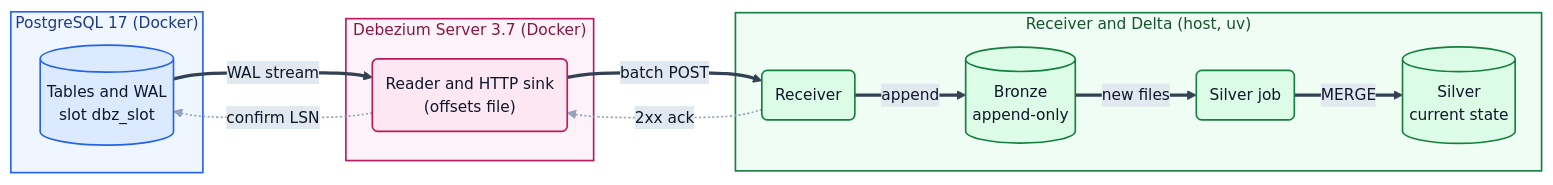
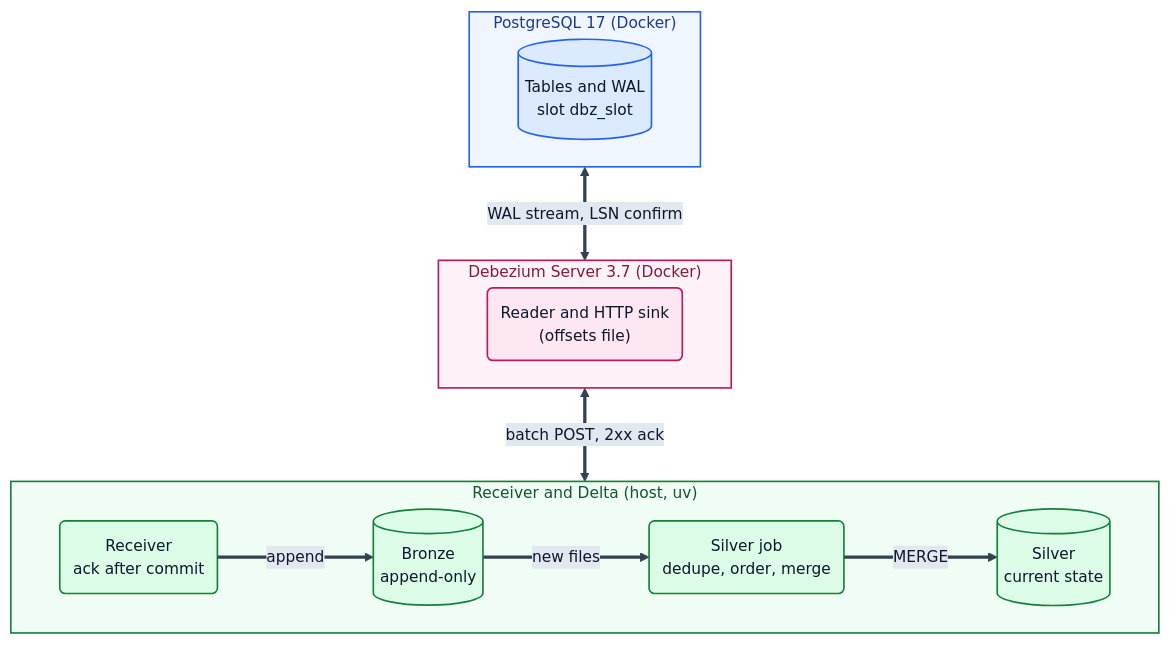
Before and after one commit to santoshshinde2012/cdc-poc: the first of 3 diagrams in README.md, drawn with Mermaid. The commit also changed other lines of this file, not shown here.

Commit message:
README: rebalance architecture flowchart to a wider aspect ratio

````diff
--- a/README.md
+++ b/README.md
@@ -52,39 +52,36 @@
 ```mermaid
-%%{init: {"layout": "dagre", "fontFamily": "Inter, Arial, sans-serif", "theme": "base", "themeVariables": {"fontFamily": "Inter, Arial, sans-serif", "fontSize": "14px", "primaryColor": "#ffffff", "primaryTextColor": "#0f172a", "primaryBorderColor": "#475569", "lineColor": "#64748b", "secondaryColor": "#e2e8f0", "tertiaryColor": "#f1f5f9", "clusterBkg": "#f1f5f9", "clusterBorder": "#94a3b8", "titleColor": "#0f172a", "edgeLabelBackground": "#e2e8f0", "background": "transparent"}, "flowchart": {"curve": "basis", "padding": 12, "nodeSpacing": 30, "rankSpacing": 48, "htmlLabels": true}}}%%
-flowchart LR
+%%{init: {"layout": "dagre", "fontFamily": "Inter, Arial, sans-serif", "theme": "base", "themeVariables": {"fontFamily": "Inter, Arial, sans-serif", "fontSize": "14px", "primaryColor": "#ffffff", "primaryTextColor": "#0f172a", "primaryBorderColor": "#475569", "lineColor": "#64748b", "secondaryColor": "#e2e8f0", "tertiaryColor": "#f1f5f9", "clusterBkg": "#f1f5f9", "clusterBorder": "#94a3b8", "titleColor": "#0f172a", "edgeLabelBackground": "#e2e8f0", "background": "transparent"}, "flowchart": {"curve": "basis", "padding": 12, "nodeSpacing": 30, "rankSpacing": 64, "htmlLabels": true}}}%%
+flowchart TB
   subgraph PGZ["PostgreSQL 17 (Docker)"]
     PG[("Tables and WAL<br/>slot dbz_slot")]
   end
 
   subgraph DBZZ["Debezium Server 3.7 (Docker)"]
     DBZ("Reader and HTTP sink<br/>(offsets file)")
   end
 
   subgraph HOST["Receiver and Delta (host, uv)"]
-    RCV("Receiver")
+    direction LR
+    RCV("Receiver<br/>ack after commit")
     BRZ[("Bronze<br/>append-only")]
-    SJB("Silver job")
+    SJB("Silver job<br/>dedupe, order, merge")
     SLV[("Silver<br/>current state")]
+    RCV ==>|"append"| BRZ
+    BRZ ==>|"new files"| SJB
+    SJB ==>|"MERGE"| SLV
   end
 
-  PG ==>|"WAL stream"| DBZ
-  DBZ ==>|"batch POST"| RCV
-  RCV ==>|"append"| BRZ
-  BRZ ==>|"new files"| SJB
-  SJB ==>|"MERGE"| SLV
-
-  RCV -.->|"2xx ack"| DBZ
-  DBZ -.->|"confirm LSN"| PG
+  PGZ <==>|"WAL stream, LSN confirm"| DBZZ
+  DBZZ <==>|"batch POST, 2xx ack"| HOST
 
   classDef pg fill:#dbeafe,stroke:#2563eb,stroke-width:1.5px,color:#0f172a
   classDef dbz fill:#fce7f3,stroke:#be185d,stroke-width:1.5px,color:#0f172a
   classDef host fill:#dcfce7,stroke:#15803d,stroke-width:1.5px,color:#0f172a
   class PG pg
   class DBZ dbz
   class RCV,BRZ,SJB,SLV host
   style PGZ fill:#eff6ff,stroke:#2563eb,stroke-width:1.5px,color:#1e3a8a
   style DBZZ fill:#fdf2f8,stroke:#be185d,stroke-width:1.5px,color:#831843
   style HOST fill:#f0fdf4,stroke:#15803d,stroke-width:1.5px,color:#14532d
   linkStyle 0,1,2,3,4 stroke:#334155,stroke-width:3px
-  linkStyle 5,6 stroke:#94a3b8,stroke-width:1.5px
 ```
````
